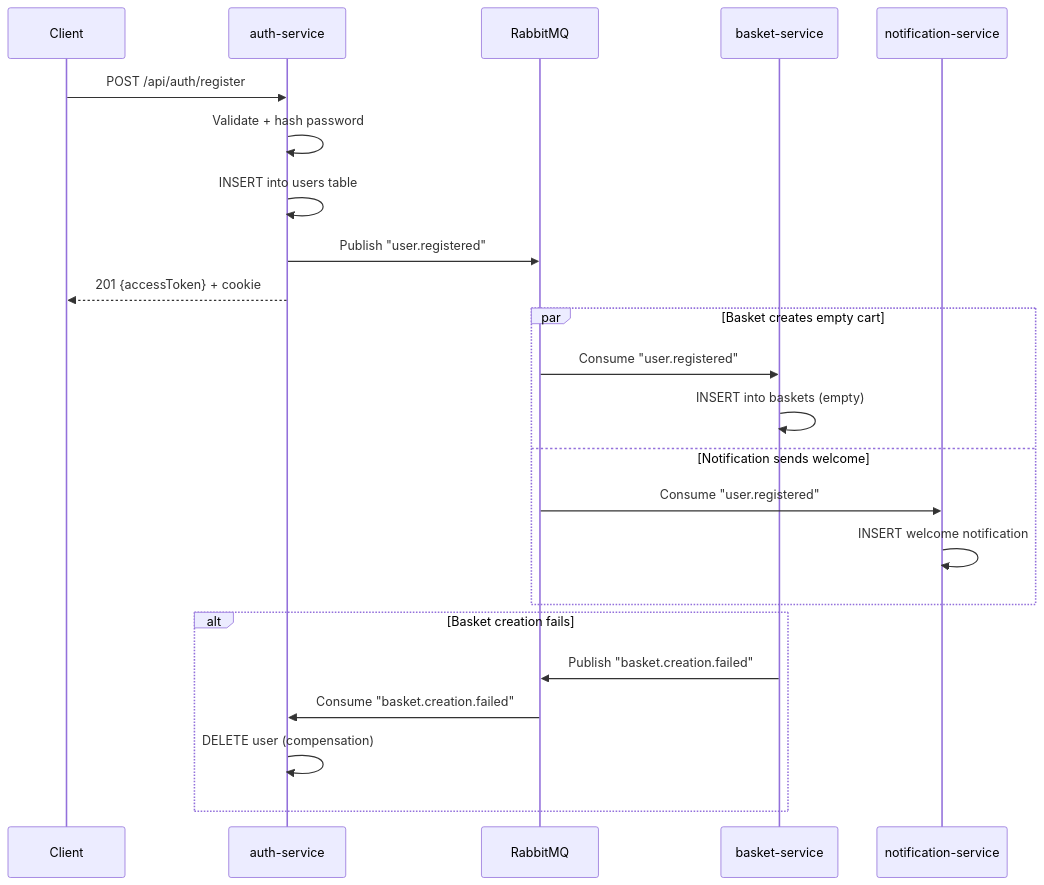
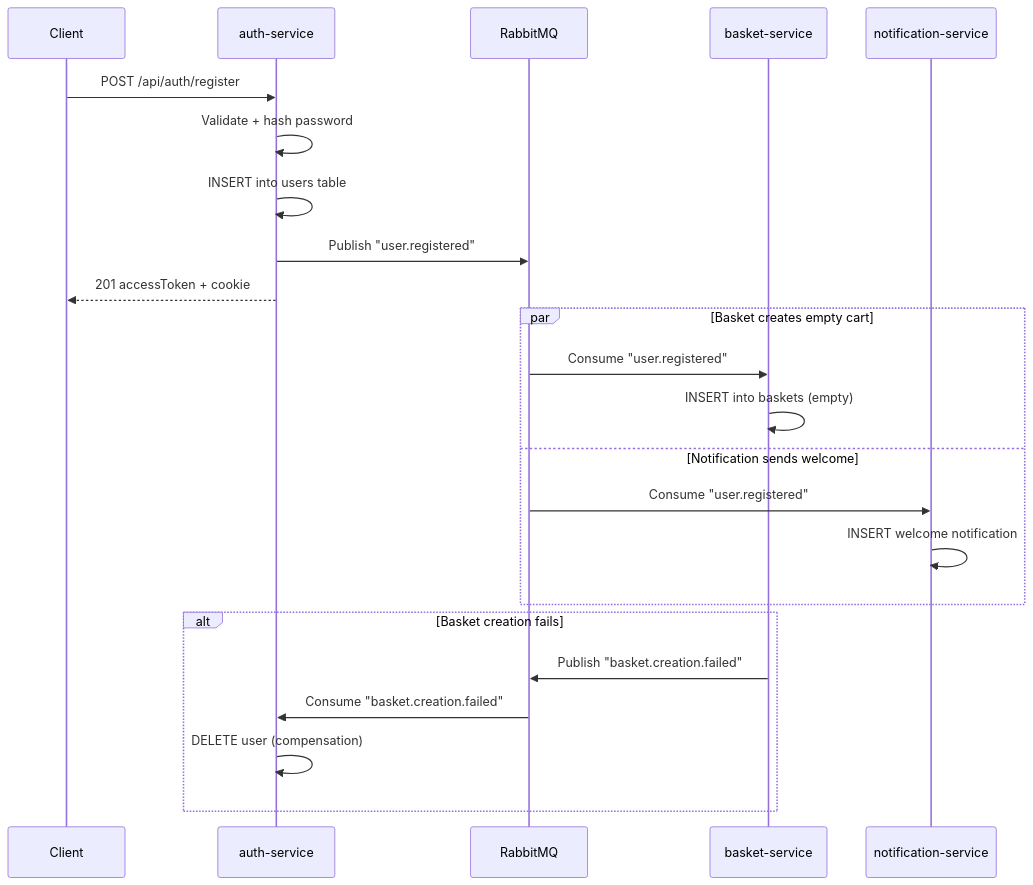
One commit to SamedBilginAlternet/n11_clone changed the first of 6 diagrams in docs/saga-patterns.md. Above: the diagram before and after it, drawn with Mermaid. The commit also changed other lines of this file and 1 other file, not shown here.

First line of the commit message:
fix: Mermaid diagrams not rendering on GitHub in docs

````diff
--- a/docs/saga-patterns.md
+++ b/docs/saga-patterns.md
@@ -29,28 +29,28 @@
 ```mermaid
 sequenceDiagram
     participant Client
     participant Auth as auth-service
     participant RMQ as RabbitMQ
     participant Basket as basket-service
     participant Notif as notification-service
 
     Client->>Auth: POST /api/auth/register
     Auth->>Auth: Validate + hash password
     Auth->>Auth: INSERT into users table
     Auth->>RMQ: Publish "user.registered"
-    Auth-->>Client: 201 {accessToken} + cookie
+    Auth-->>Client: 201 accessToken + cookie
 
     par Basket creates empty cart
         RMQ->>Basket: Consume "user.registered"
         Basket->>Basket: INSERT into baskets (empty)
     and Notification sends welcome
         RMQ->>Notif: Consume "user.registered"
         Notif->>Notif: INSERT welcome notification
     end
 
     alt Basket creation fails
         Basket->>RMQ: Publish "basket.creation.failed"
         RMQ->>Auth: Consume "basket.creation.failed"
         Auth->>Auth: DELETE user (compensation)
     end
 ```
````
